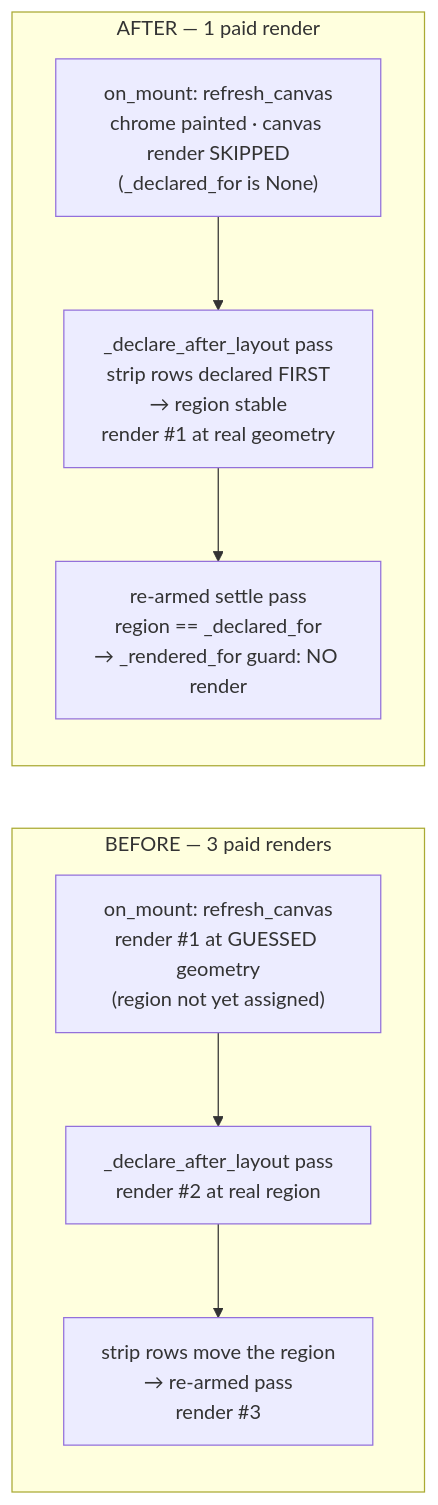
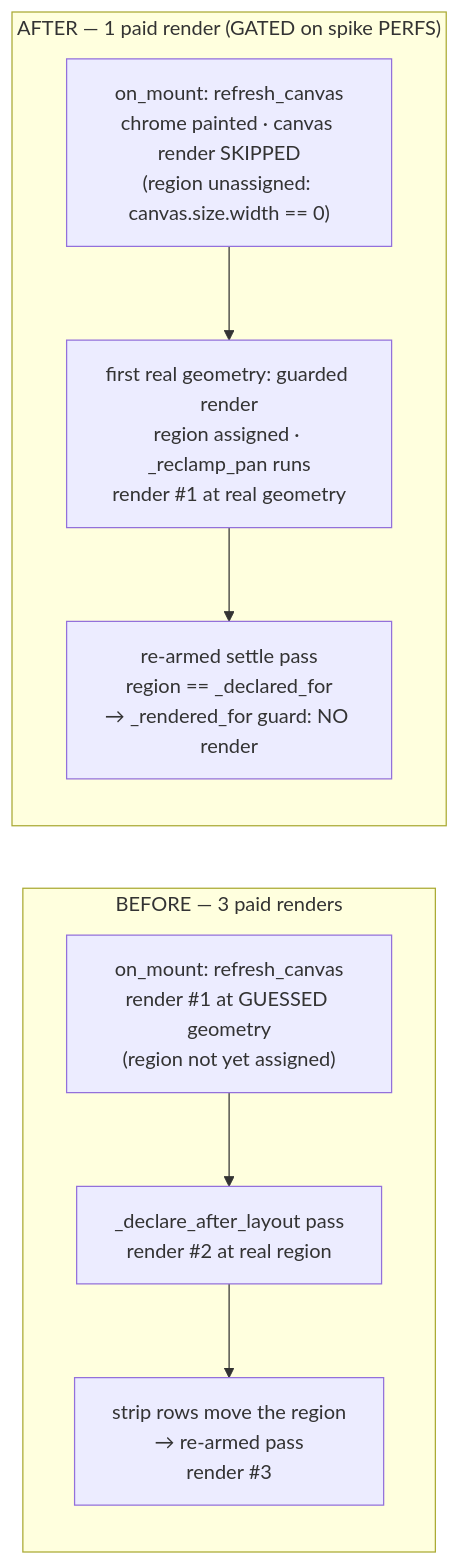
Before and after one commit to jav201/mapper: the second of 2 diagrams in .dev-flow/2026-10-10-perf-batch/design/design-proposal.md, drawn with Mermaid. The commit also changed other lines of this file and 4 other files, not shown here.

Commit message:
docs(dev-flow): perf P1 iteration 1 — rulings R1-R9 applied, round 1 recorded, LED .2; Lane S gated on spike PERFS (Kimi)

````diff
--- a/.dev-flow/2026-10-10-perf-batch/design/design-proposal.md
+++ b/.dev-flow/2026-10-10-perf-batch/design/design-proposal.md
@@ -120,15 +131,15 @@
 ```mermaid
 flowchart LR
     subgraph before ["BEFORE — 3 paid renders"]
         b1["on_mount: refresh_canvas<br/>render #1 at GUESSED geometry<br/>(region not yet assigned)"]
         b2["_declare_after_layout pass<br/>render #2 at real region"]
         b3["strip rows move the region<br/>→ re-armed pass<br/>render #3"]
         b1 --> b2 --> b3
     end
-    subgraph after ["AFTER — 1 paid render"]
-        a1["on_mount: refresh_canvas<br/>chrome painted · canvas render SKIPPED<br/>(_declared_for is None)"]
-        a2["_declare_after_layout pass<br/>strip rows declared FIRST<br/>→ region stable<br/>render #1 at real geometry"]
+    subgraph after ["AFTER — 1 paid render (GATED on spike PERFS)"]
+        a1["on_mount: refresh_canvas<br/>chrome painted · canvas render SKIPPED<br/>(region unassigned: canvas.size.width == 0)"]
+        a2["first real geometry: guarded render<br/>region assigned · _reclamp_pan runs<br/>render #1 at real geometry"]
         a3["re-armed settle pass<br/>region == _declared_for<br/>→ _rendered_for guard: NO render"]
         a1 --> a2 --> a3
     end
 ```
````
